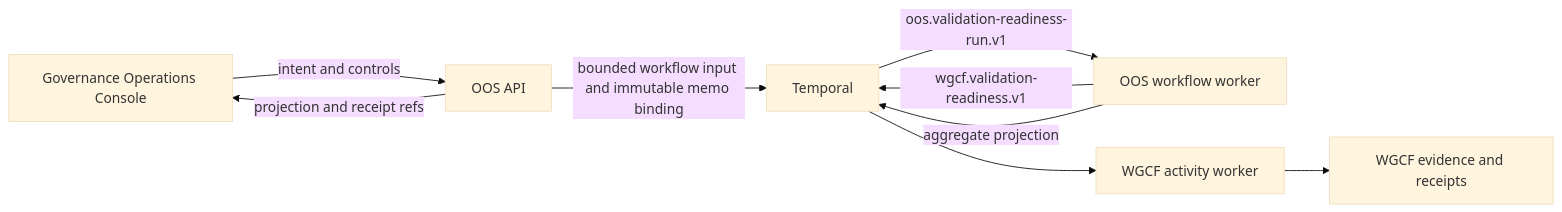
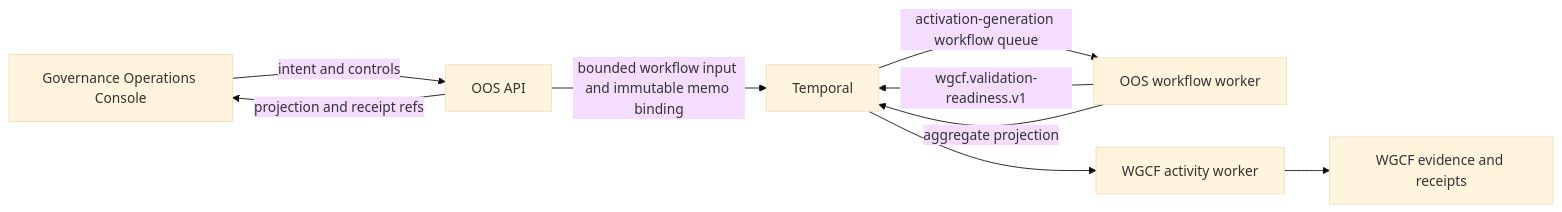
One commit to mfshaf7/operator-orchestration-service changed the diagram in docs/architecture/durable-orchestration-runtime.md. Above: the diagram before and after it, drawn with Mermaid (base theme). The commit also changed other lines of this file and 22 other files, not shown here.

````diff
--- a/docs/architecture/durable-orchestration-runtime.md
+++ b/docs/architecture/durable-orchestration-runtime.md
@@ -5,18 +5,18 @@
 ```mermaid
 flowchart LR
     Console[Governance Operations Console]
     API[OOS API]
     Worker[OOS workflow worker]
     Temporal[Temporal]
     WGCF[WGCF activity worker]
     Ledger[WGCF evidence and receipts]
 
     Console -->|intent and controls| API
     API -->|bounded workflow input and immutable memo binding| Temporal
-    Temporal -->|oos.validation-readiness-run.v1| Worker
+    Temporal -->|activation-generation workflow queue| Worker
     Worker -->|wgcf.validation-readiness.v1| Temporal
     Temporal --> WGCF
     WGCF --> Ledger
     Worker -->|aggregate projection| Temporal
     API -->|projection and receipt refs| Console
 ```
````
